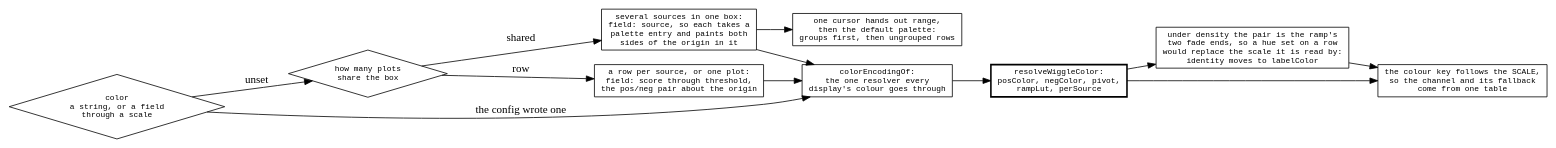
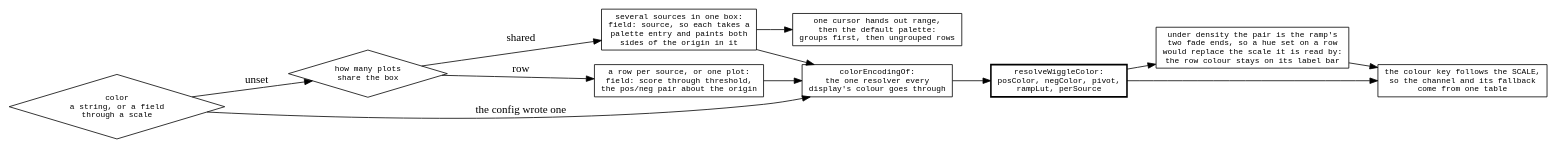
The diagram in agent-docs/mechanisms/diagrams/wiggle-colour.dot (GMOD/jbrowse-components), drawn with Graphviz before and after one commit. The commit also changed 23 other files, not shown here.

First line of the commit message:
Docs, schemas and reference notes for the rowColor label bar

```diff
--- a/agent-docs/mechanisms/diagrams/wiggle-colour.dot
+++ b/agent-docs/mechanisms/diagrams/wiggle-colour.dot
@@ -1,31 +1,31 @@
 digraph wiggle_colour {
   rankdir=LR
   node [shape=box fontname=monospace fontsize=10]
   { node [shape=diamond] declared; layout }
 
   declared [label="color\na string, or a field\nthrough a scale"]
   declared -> encoding [label=" the config wrote one"]
   declared -> layout   [label=" unset"]
 
   layout [label="how many plots\nshare the box"]
   layout -> shared [label=" shared"]
   layout -> row    [label=" row"]
 
   shared [label="several sources in one box:\nfield: source, so each takes a\npalette entry and paints both\nsides of the origin in it"]
   row    [label="a row per source, or one plot:\nfield: score through threshold,\nthe pos/neg pair about the origin"]
 
   encoding [label="colorEncodingOf:\nthe one resolver every\ndisplay's colour goes through"]
   shared -> encoding  row -> encoding
 
   resolved [label="resolveWiggleColor:\nposColor, negColor, pivot,\nrampLut, perSource", style=bold]
   encoding -> resolved
 
-  density [label="under density the pair is the ramp's\ntwo fade ends, so a hue set on a row\nwould replace the scale it is read by:\nidentity moves to labelColor"]
+  density [label="under density the pair is the ramp's\ntwo fade ends, so a hue set on a row\nwould replace the scale it is read by:\nthe row colour stays on its label bar"]
   resolved -> density
 
   legend [label="the colour key follows the SCALE,\nso the channel and its fallback\ncome from one table"]
   resolved -> legend  density -> legend
 
   palette [label="one cursor hands out range,\nthen the default palette:\ngroups first, then ungrouped rows"]
   shared -> palette
 }
```
